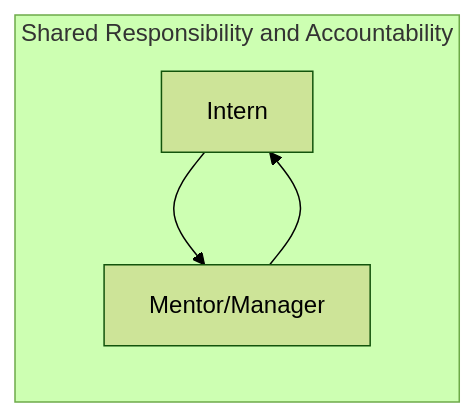
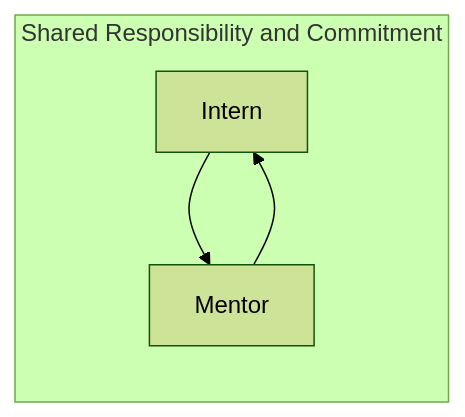
One commit to secretstartups/handbook changed the diagram in business-technology/data-team/organization/internships/index.html.md. Above: the diagram before and after it, drawn with Mermaid (forest theme). The commit also changed other lines of this file, not shown here.

````diff
--- a/business-technology/data-team/organization/internships/index.html.md
+++ b/business-technology/data-team/organization/internships/index.html.md
@@ -41,7 +39,7 @@
 ```mermaid
 graph LR
-subgraph "Shared Responsibility and Accountability"
+subgraph "Shared Responsibility and Commitment"
     A[Intern] --> B
-    B[Mentor/Manager] --> A
+    B[Mentor] --> A
    end
 ```
````
